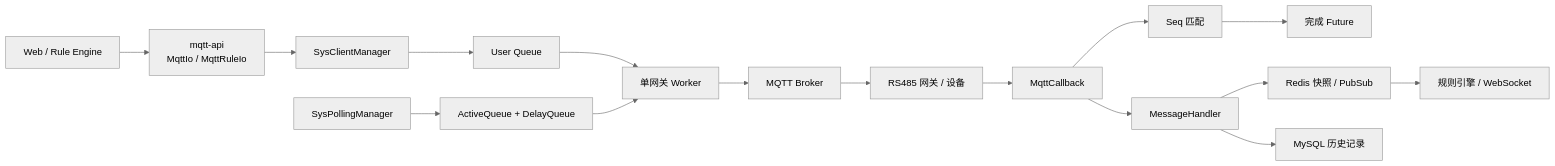
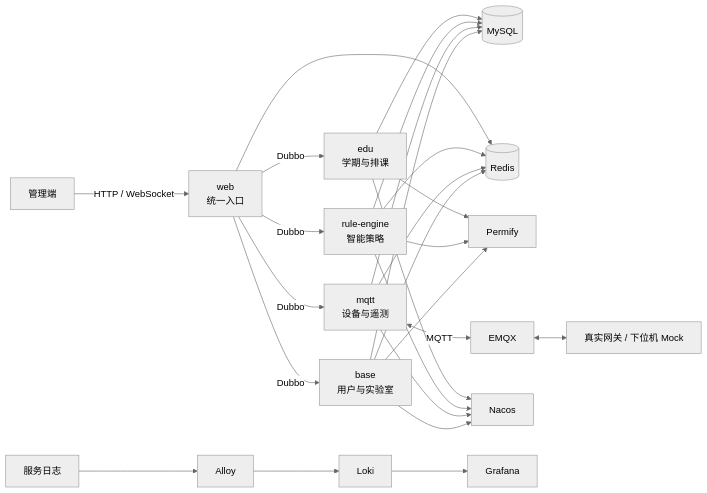
The diagram in README.md (NeoM-Coding/Labsystem), drawn with Mermaid (neutral theme) before and after one commit. The commit also changed other lines of this file and 10 other files, not shown here.

Commit message:
docs: rewrite architecture documentation

````diff
--- a/README.md
+++ b/README.md
@@ -70,18 +153,29 @@
 ```mermaid
 flowchart LR
-    Web["Web / Rule Engine"] --> API["mqtt-api<br/>MqttIo / MqttRuleIo"]
-    API --> Manager["SysClientManager"]
-    PollManager["SysPollingManager"] --> PollQueue["ActiveQueue + DelayQueue"]
-    Manager --> UserQueue["User Queue"]
-    UserQueue --> Worker["单网关 Worker"]
-    PollQueue --> Worker
-    Worker --> Broker["MQTT Broker"]
-    Broker --> Device["RS485 网关 / 设备"]
-    Device --> Callback["MqttCallback"]
-    Callback --> Seq["Seq 匹配"]
-    Seq --> Future["完成 Future"]
-    Callback --> Handler["MessageHandler"]
-    Handler --> Redis["Redis 快照 / PubSub"]
-    Handler --> MySQL["MySQL 历史记录"]
-    Redis --> Realtime["规则引擎 / WebSocket"]
+    User["管理端"] -->|"HTTP / WebSocket"| Web["web<br/>统一入口"]
+
+    Web -->|"Dubbo"| Base["base<br/>用户与实验室"]
+    Web -->|"Dubbo"| Mqtt["mqtt<br/>设备与遥测"]
+    Web -->|"Dubbo"| Rule["rule-engine<br/>智能策略"]
+    Web -->|"Dubbo"| Edu["edu<br/>学期与排课"]
+
+    Base --> MySQL[("MySQL")]
+    Mqtt --> MySQL
+    Rule --> MySQL
+    Edu --> MySQL
+
+    Base --> Redis[("Redis")]
+    Mqtt --> Redis
+    Rule --> Redis
+    Web --> Redis
+
+    Base --> Permify["Permify"]
+    Rule --> Permify
+    Edu --> Permify
+
+    Mqtt <-->|"MQTT"| EMQX["EMQX"]
+    EMQX <--> Device["真实网关 / 下位机 Mock"]
+
+    Base & Mqtt & Rule & Edu --> Nacos["Nacos"]
+    Logs["服务日志"] --> Alloy["Alloy"] --> Loki["Loki"] --> Grafana["Grafana"]
 ```
````
